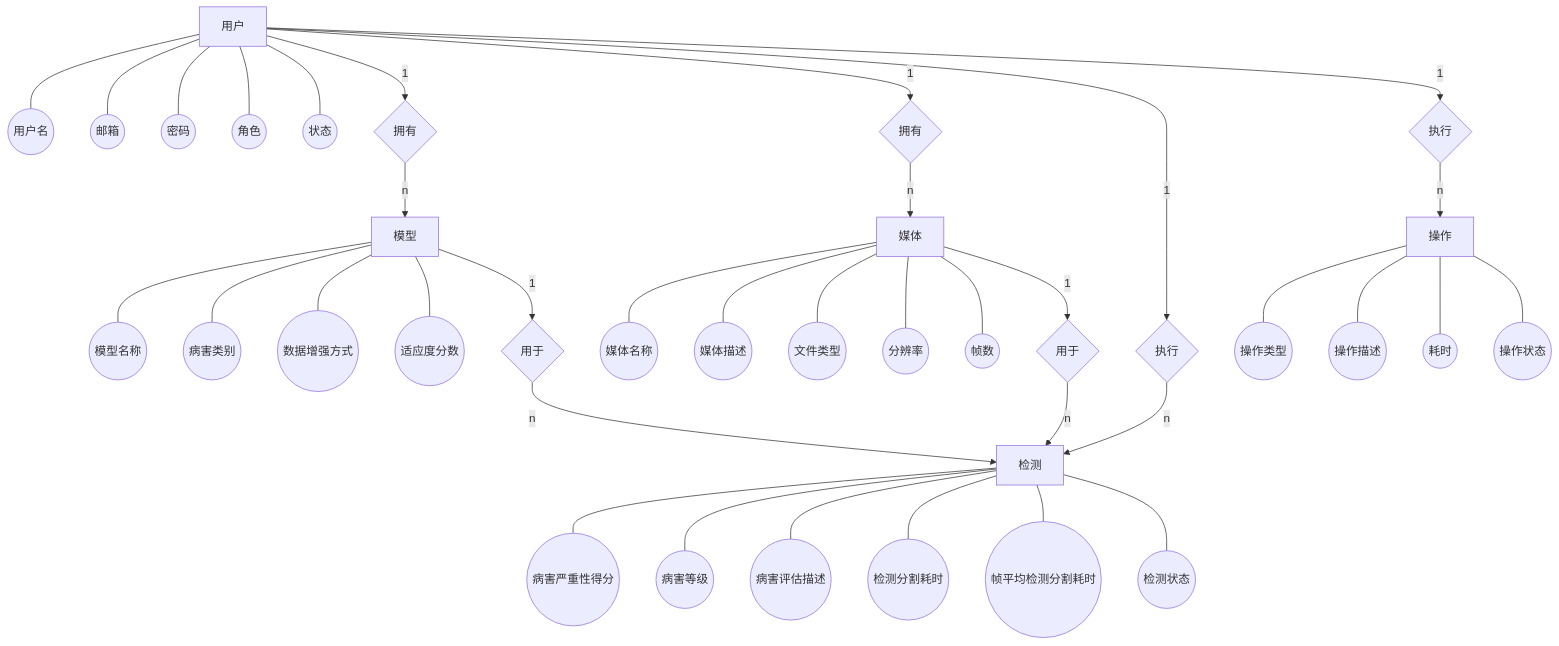
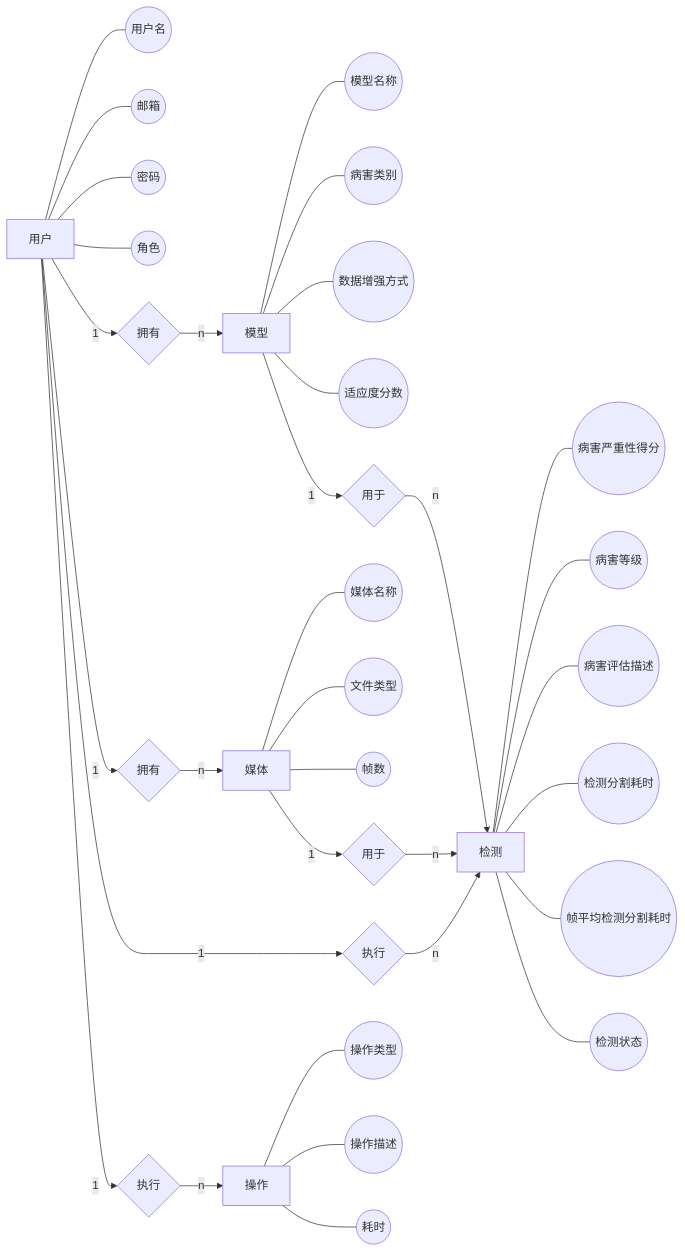
One commit to YHJYgain/BridgeDiseaseBackend changed the diagram in docs/bridge_disease_er_diagram.md. Above: the diagram before and after it, drawn with Mermaid.

Commit message:
docs: 更新桥梁病害检测系统ER图以简化设计

````diff
--- a/docs/bridge_disease_er_diagram.md
+++ b/docs/bridge_disease_er_diagram.md
@@ -3,5 +3,5 @@
 ```mermaid
-graph TD
+graph LR
     %% 实体定义 - 矩形
     USER[用户]
     MODEL[模型]
@@ -22,7 +22,6 @@
     EMAIL((邮箱))
     PASSWORD((密码))
     ROLE((角色))
-    USER_STATUS((状态))
     
     %% 模型属性 - 椭圆
     MODEL_NAME((模型名称))
@@ -32,9 +31,7 @@
     
     %% 媒体属性 - 椭圆
     MEDIA_NAME((媒体名称))
-    DESCRIPTION((媒体描述))
     FILE_TYPE((文件类型))
-    RESOLUTION((分辨率))
     FRAME_COUNT((帧数))
     
     %% 检测属性 - 椭圆
@@ -49,14 +46,12 @@
     OPERATION_TYPE((操作类型))
     OP_DESCRIPTION((操作描述))
     DURATION((耗时))
-    OP_STATUS((操作状态))
     
     %% 实体与属性的连接
     USER --- USERNAME
     USER --- EMAIL
     USER --- PASSWORD
     USER --- ROLE
-    USER --- USER_STATUS
     
     MODEL --- MODEL_NAME
     MODEL --- DISEASE_CATEGORY
@@ -64,9 +59,7 @@
     MODEL --- FITNESS_SCORE
     
     MEDIA --- MEDIA_NAME
-    MEDIA --- DESCRIPTION
     MEDIA --- FILE_TYPE
-    MEDIA --- RESOLUTION
     MEDIA --- FRAME_COUNT
     
     DETECTION --- DISEASE_SEVERITY_SCORE
@@ -79,7 +72,6 @@
     OPERATION --- OPERATION_TYPE
     OPERATION --- OP_DESCRIPTION
     OPERATION --- DURATION
-    OPERATION --- OP_STATUS
     USER -->|1| OWNS1
     OWNS1 -->|n| MODEL
     USER -->|1| OWNS2
````
